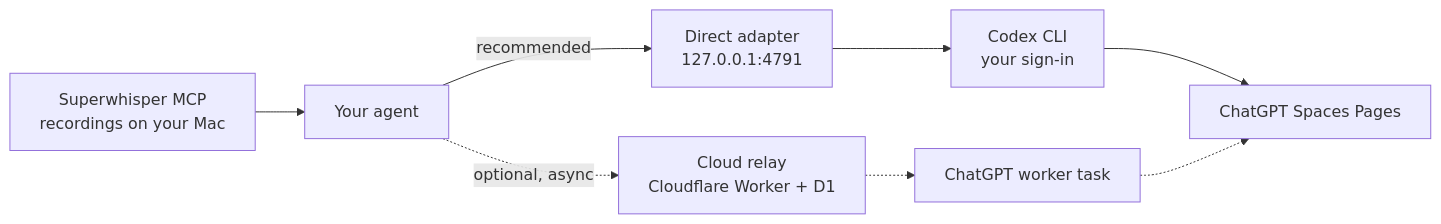
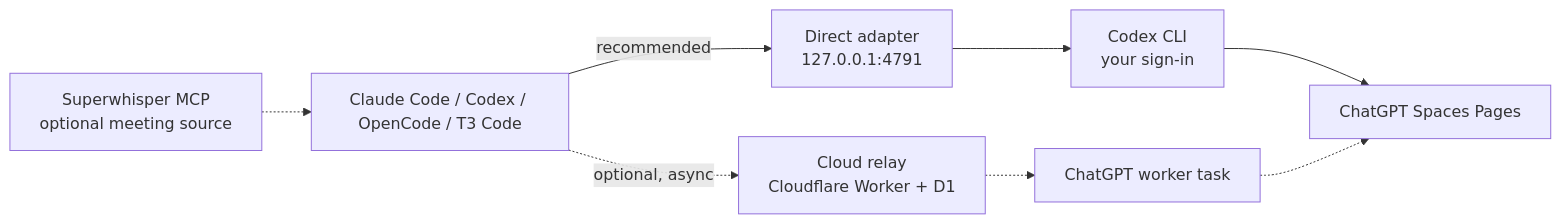
The diagram in README.md (designxdevelop/spaces-context-bridge), drawn with Mermaid before and after one commit. The commit also changed other lines of this file, not shown here.

````diff
--- a/README.md
+++ b/README.md
@@ -48,10 +57,10 @@
 ```mermaid
 flowchart LR
-  SW["Superwhisper MCP<br/>recordings on your Mac"] --> A["Your agent"]
-  A -->|recommended| D["Direct adapter<br/>127.0.0.1:4791"]
+  A["Claude Code / Codex / OpenCode / T3 Code"] -->|recommended| D["Direct adapter<br/>127.0.0.1:4791"]
+  SW["Superwhisper MCP<br/>optional meeting source"] -.-> A
   D --> C["Codex CLI<br/>your sign-in"]
   C --> S["ChatGPT Spaces Pages"]
   A -.->|optional, async| W["Cloud relay<br/>Cloudflare Worker + D1"]
   W -.-> T["ChatGPT worker task"]
   T -.-> S
 ```
````
